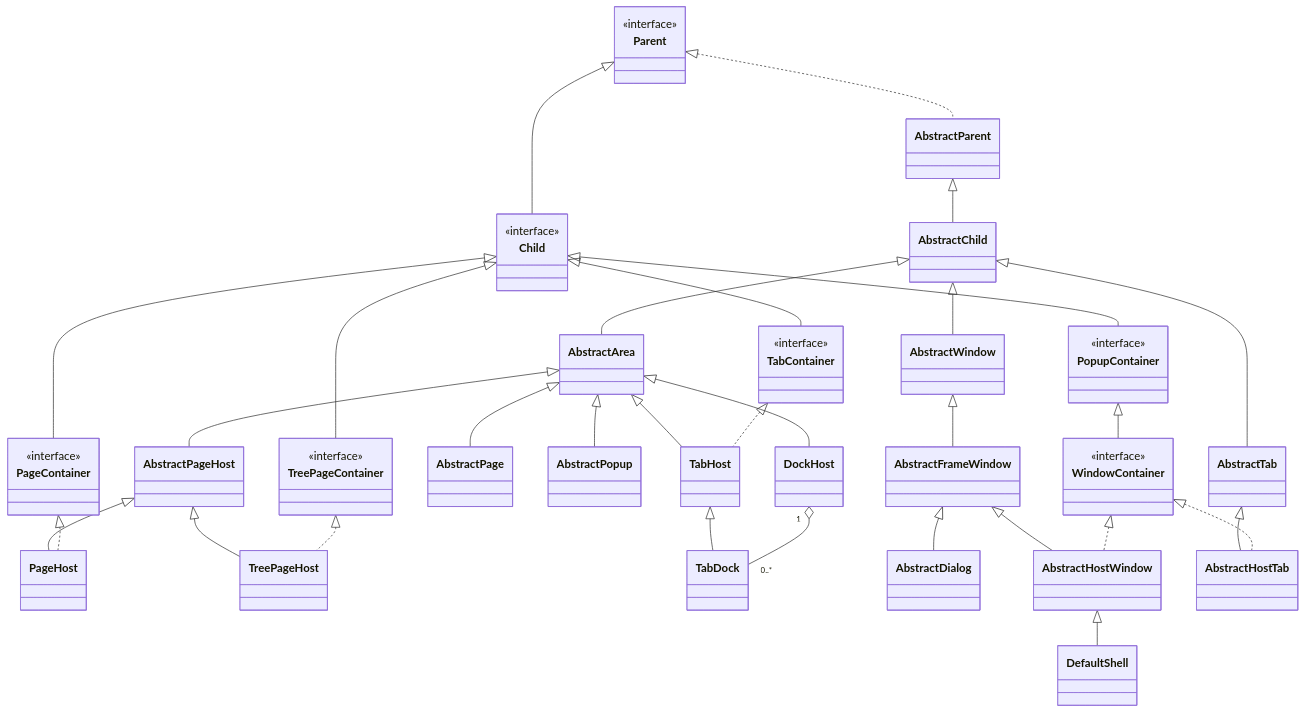
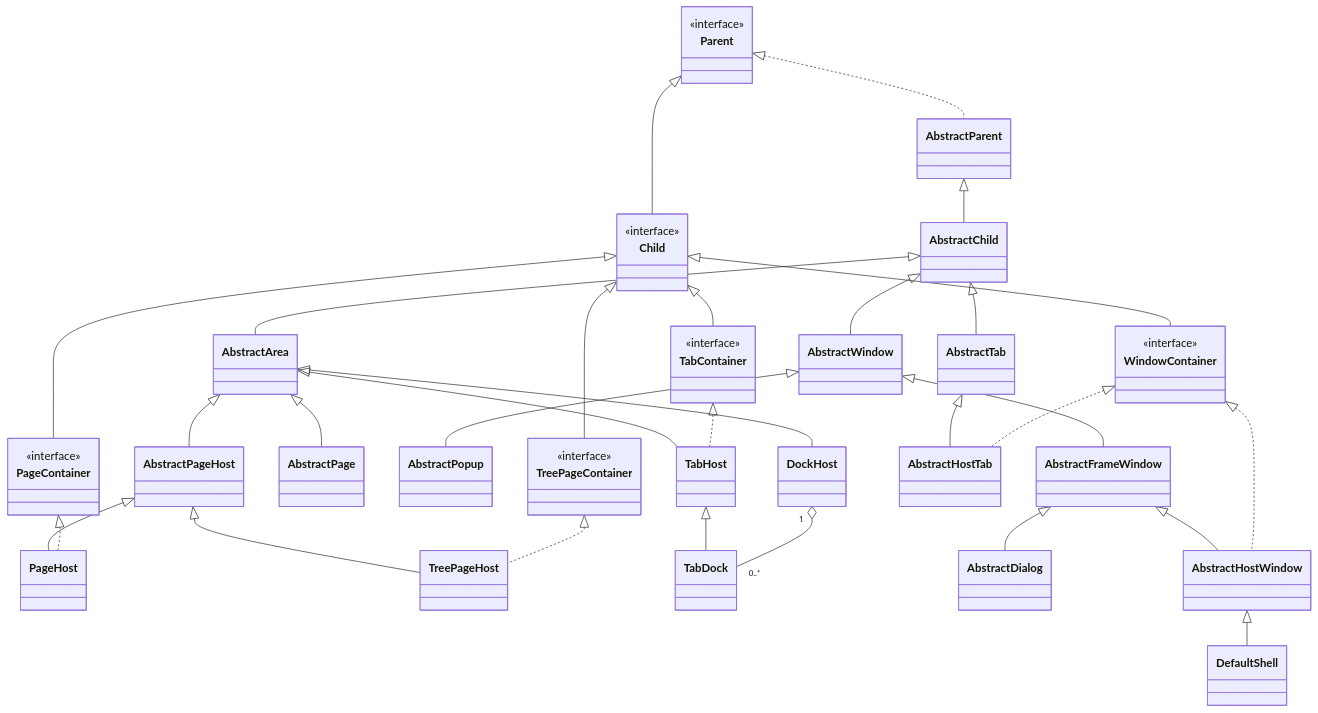
Before and after one commit to techsenger/shellfx: the first of 3 diagrams in README.md, drawn with Mermaid. The commit also changed other lines of this file and 31 other files, not shown here.

Commit message:
Make Popup extend Window

```diff
--- a/README.md
+++ b/README.md
@@ -209,10 +209,6 @@
 }
 
 class TreePageContainer {
-    <<interface>>
-}
-
-class PopupContainer {
     <<interface>>
 }
 
@@ -251,10 +247,8 @@
 
 Child <|-- PageContainer
 Child <|-- TreePageContainer
-Child <|-- PopupContainer
 Child <|-- TabContainer
-
-PopupContainer <|-- WindowContainer
+Child <|-- WindowContainer
 
 Parent <|.. AbstractParent
 
@@ -265,7 +259,7 @@
 AbstractChild <|-- AbstractTab
 
 AbstractArea <|-- AbstractPage
-AbstractArea <|-- AbstractPopup
+AbstractWindow <|-- AbstractPopup
 AbstractArea <|-- AbstractPageHost
 AbstractArea <|-- TabHost
 
```
